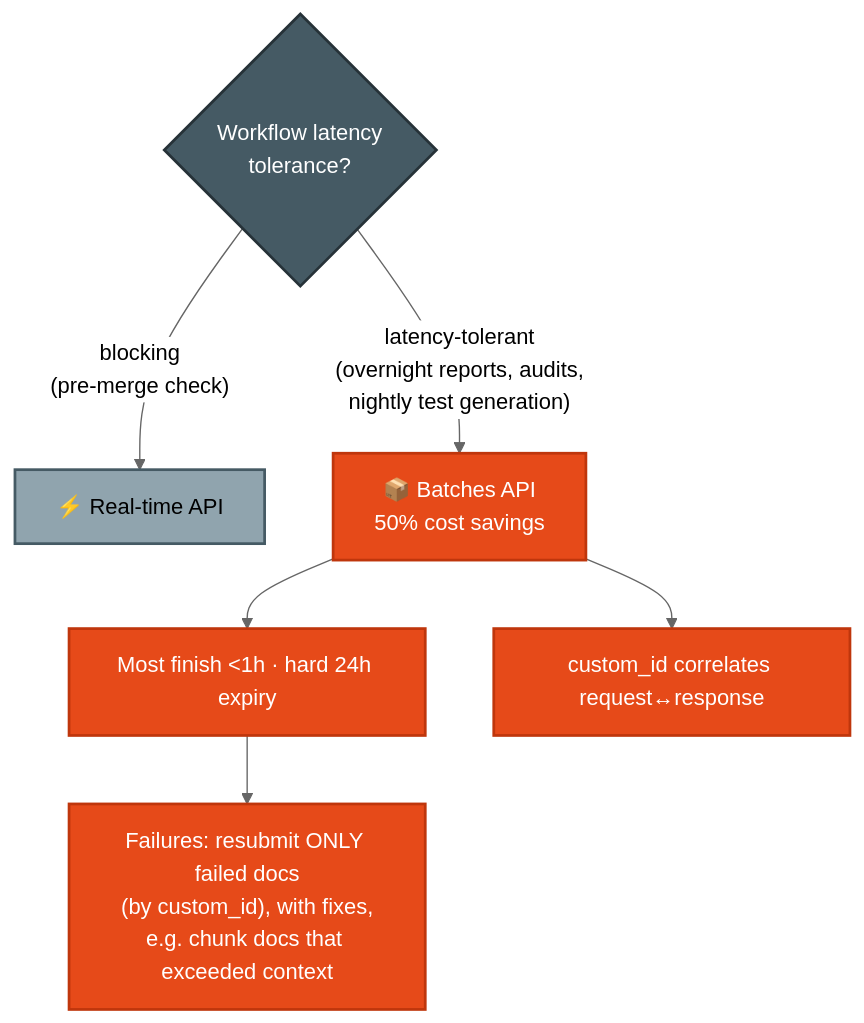
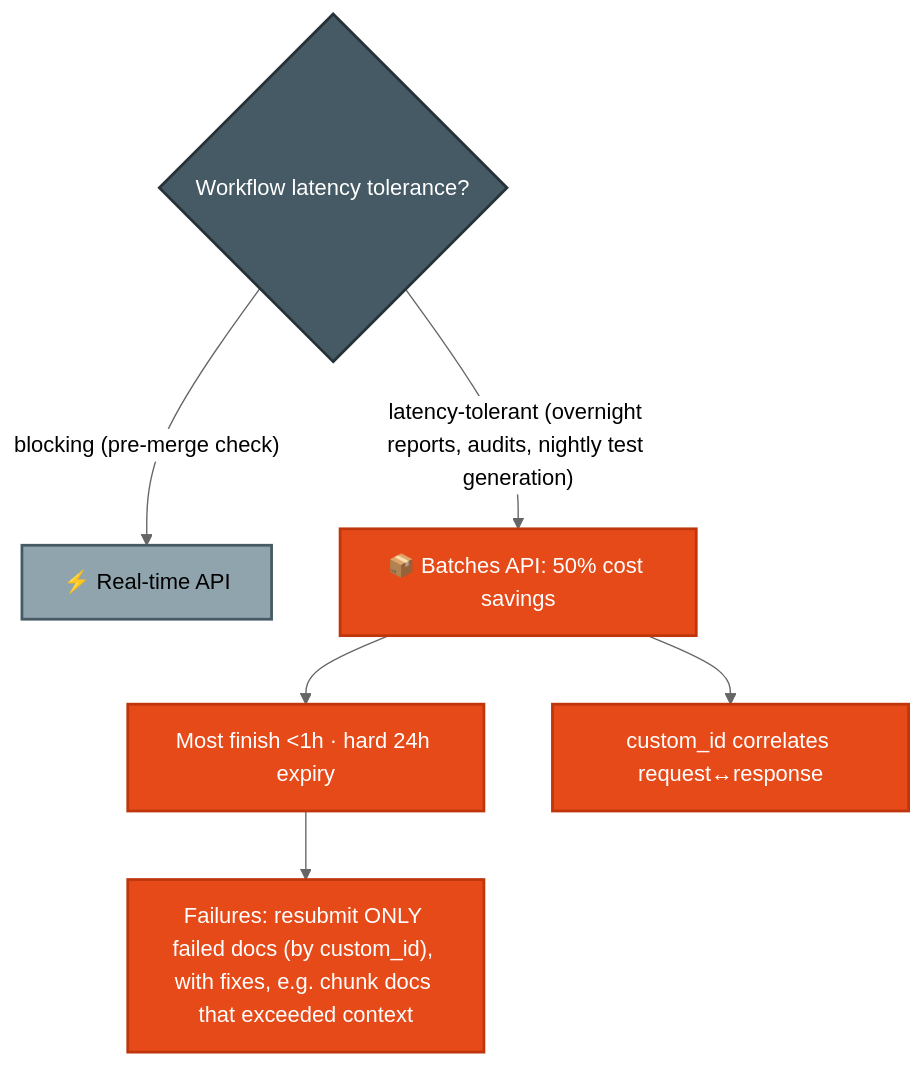
Before and after one commit to parmar-m/claude-architect-certification-prep: the third of 4 diagrams in CCA-F/domains/d4-prompting-structured-output.md, drawn with Mermaid (neutral theme). The commit also changed other lines of this file and 25 other files, not shown here.

````diff
--- a/CCA-F/domains/d4-prompting-structured-output.md
+++ b/CCA-F/domains/d4-prompting-structured-output.md
@@ -116,14 +116,14 @@
 ```mermaid
 flowchart TD
-    W{Workflow latency<br/>tolerance?} -- "blocking<br/>(pre-merge check)" --> RT["⚡ Real-time API"]
-    W -- "latency-tolerant<br/>(overnight reports, audits,<br/>nightly test generation)" --> B["📦 Batches API<br/>50% cost savings"]
+    W{"Workflow latency tolerance?"} -- "blocking (pre-merge check)" --> RT["⚡ Real-time API"]
+    W -- "latency-tolerant (overnight reports, audits, nightly test generation)" --> B["📦 Batches API: 50% cost savings"]
     B --> F["Most finish <1h · hard 24h expiry"]
     B --> CID["custom_id correlates request↔response"]
-    F --> RESUB["Failures: resubmit ONLY failed docs<br/>(by custom_id), with fixes,<br/>e.g. chunk docs that exceeded context"]
+    F --> RESUB["Failures: resubmit ONLY failed docs (by custom_id), with fixes, e.g. chunk docs that exceeded context"]
     classDef rt fill:#90A4AE,color:#000,stroke:#455A64,stroke-width:2px
     classDef batch fill:#E64A19,color:#fff,stroke:#BF360C,stroke-width:2px
     classDef q fill:#455A64,color:#fff,stroke:#263238,stroke-width:2px
     class RT rt
     class B,F,CID,RESUB batch
     class W q
 ```
````
